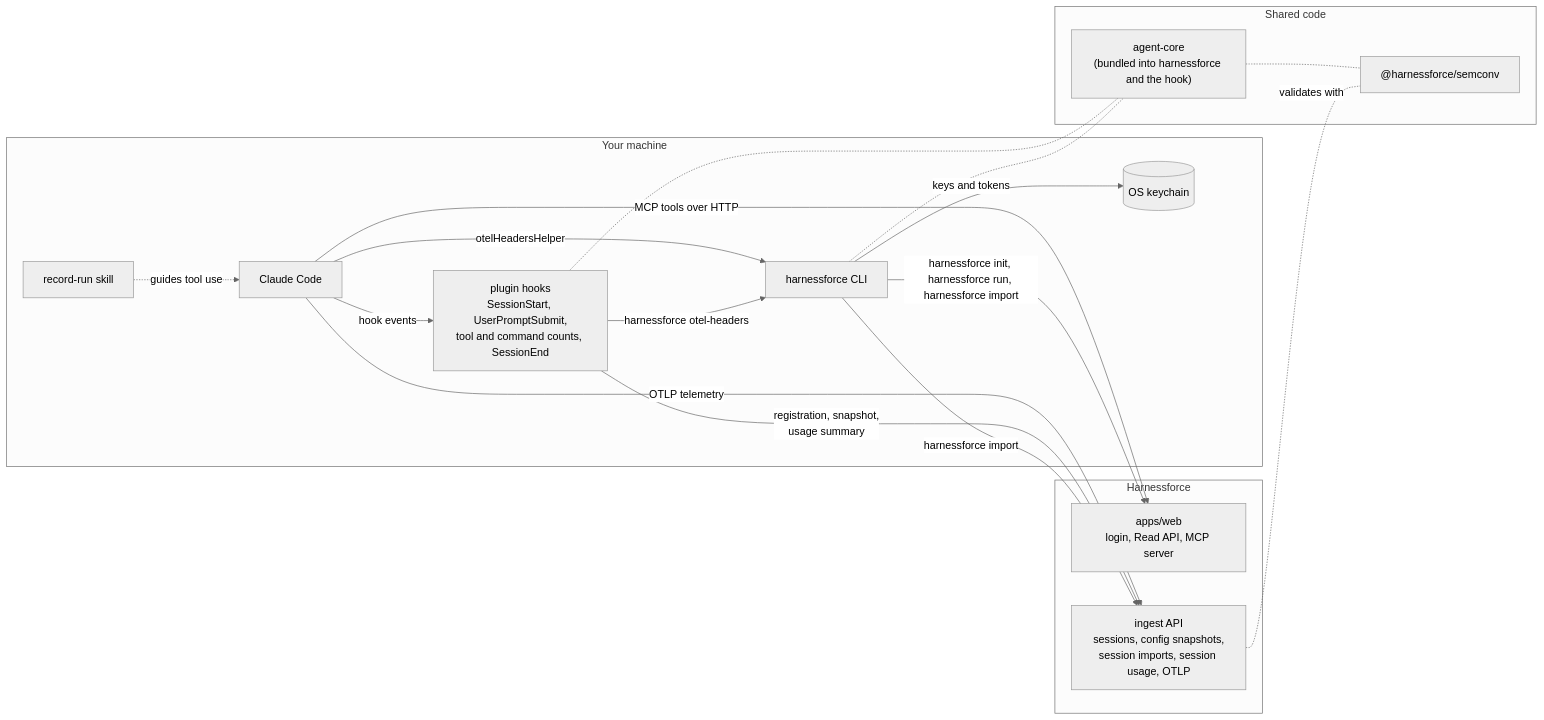
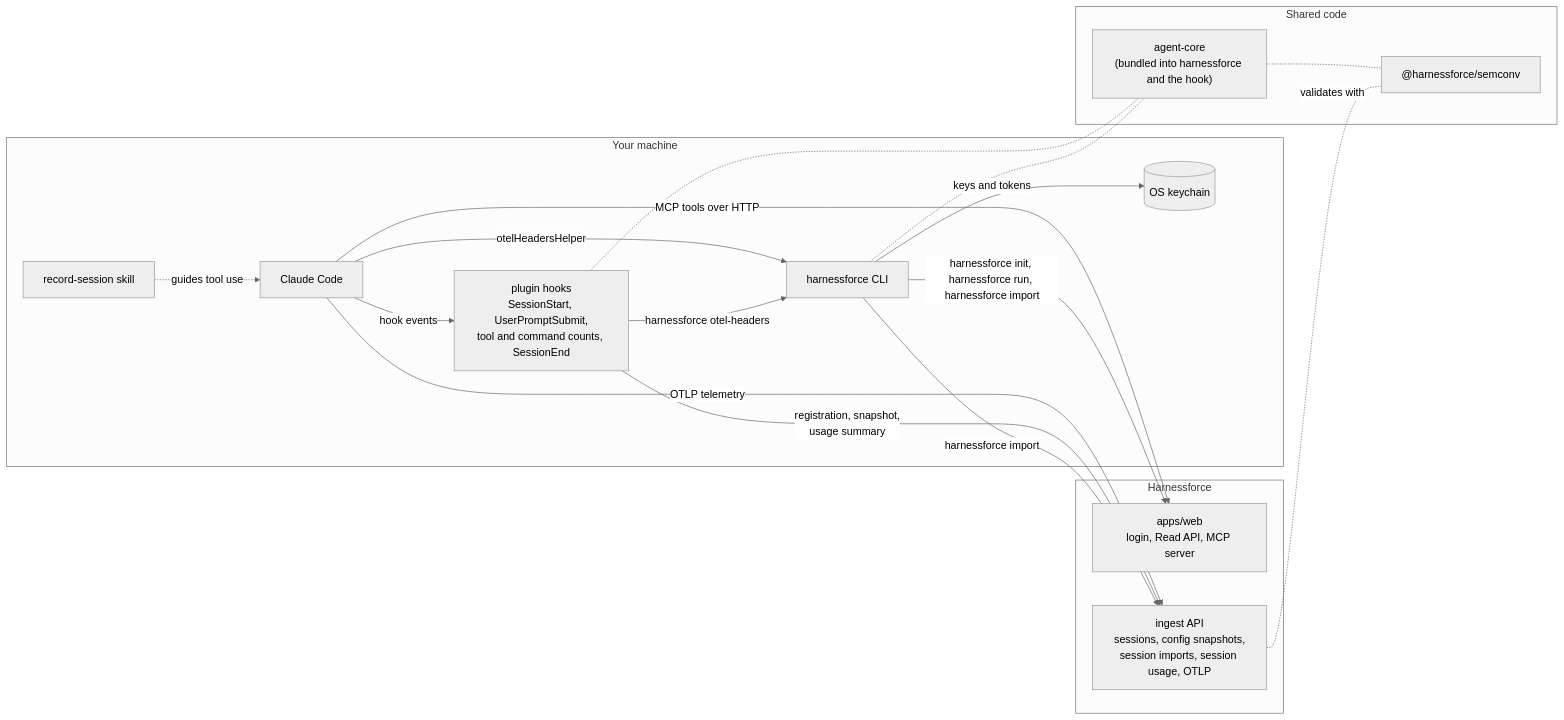
One commit to lambda-script/harnessforce-agent changed the diagram in README.md. Above: the diagram before and after it, drawn with Mermaid (neutral theme). The commit also changed other lines of this file and 133 other files, not shown here.

First line of the commit message:
refactor: rename the run to the session in the conventions, the hooks and the skills (#126)

````diff
--- a/README.md
+++ b/README.md
@@ -113,33 +113,33 @@
 ```mermaid
 flowchart LR
   subgraph machine["Your machine"]
     cc["Claude Code"]
     hook["plugin hooks<br/>SessionStart, UserPromptSubmit,<br/>tool and command counts, SessionEnd"]
-    skill["record-run skill"]
+    skill["record-session skill"]
     harnessforce["harnessforce CLI"]
     keychain[("OS keychain")]
   end
   subgraph code["Shared code"]
     core["agent-core<br/>(bundled into harnessforce and the hook)"]
     semconv["@harnessforce/semconv"]
   end
   subgraph service["Harnessforce"]
     web["apps/web<br/>login, Read API, MCP server"]
     ingest["ingest API<br/>sessions, config snapshots,<br/>session imports, session usage, OTLP"]
   end
 
   cc -- "hook events" --> hook
   cc -- "otelHeadersHelper" --> harnessforce
   cc -- "OTLP telemetry" --> ingest
   cc -- "MCP tools over HTTP" --> web
   skill -. "guides tool use" .-> cc
   hook -- "harnessforce otel-headers" --> harnessforce
   hook -- "registration, snapshot,<br/>usage summary" --> ingest
   harnessforce -- "keys and tokens" --> keychain
   harnessforce -- "harnessforce init, harnessforce run, harnessforce import" --> web
   harnessforce -- "harnessforce import" --> ingest
   hook -.- core
   harnessforce -.- core
   core -.- semconv
   ingest -.-|validates with| semconv
 ```
````
